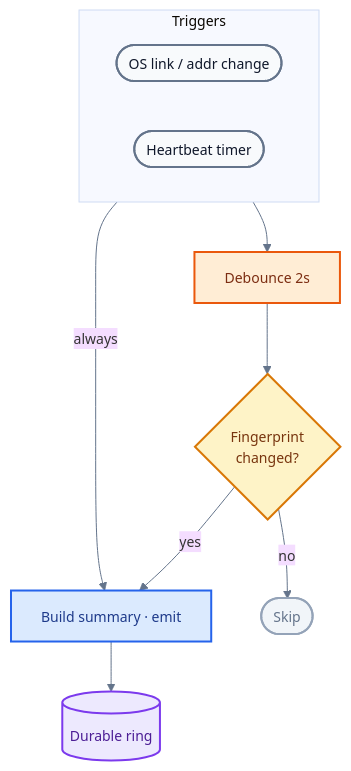
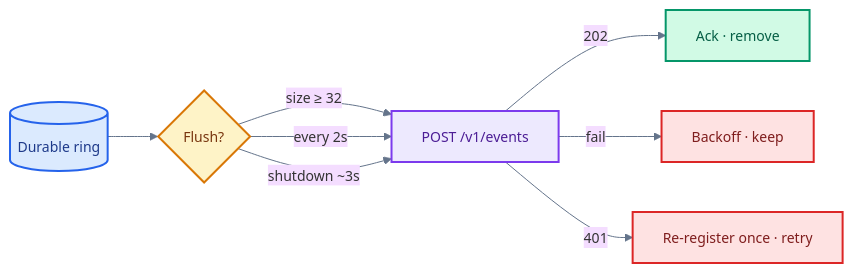
One commit to TrustEdgeOrg/TrustEdge-Agent changed the diagram in docs/collection.md. Above: the diagram before and after it, drawn with Mermaid. The commit also changed other lines of this file and 7 other files, not shown here.

````diff
--- a/docs/collection.md
+++ b/docs/collection.md
@@ -139,30 +116,23 @@
 ```mermaid
 %%{init: {'theme': 'base', 'themeVariables': {'fontSize': '14px', 'fontFamily': 'arial', 'lineColor': '#64748B'}}}%%
-flowchart TB
-    subgraph TRIG ["Triggers"]
-        direction LR
-        W(["OS link / addr change"])
-        H(["Heartbeat timer"])
-    end
+flowchart LR
+    R[("Durable ring")] --> F{"Flush?"}
+    F -->|size ≥ 32| P["POST /v1/events"]
+    F -->|every 2s| P
+    F -->|shutdown ~3s| P
+    P -->|202| A["Ack · remove"]
+    P -->|fail| B["Backoff · keep"]
+    P -->|401| AUTH["Re-register once · retry"]
 
-    W --> D["Debounce 2s"]
-    D --> F{"Fingerprint<br/>changed?"}
-    F -->|yes| E["Build summary · emit"]
-    F -->|no| S(["Skip"])
-    H -->|always| E
-    E --> R[("Durable ring")]
+    classDef ring fill:#DBEAFE,stroke:#2563EB,stroke-width:2px,color:#1E3A8A
+    classDef decide fill:#FEF3C7,stroke:#D97706,stroke-width:2px,color:#78350F
+    classDef post fill:#EDE9FE,stroke:#7C3AED,stroke-width:2px,color:#4C1D95
+    classDef ok fill:#D1FAE5,stroke:#059669,stroke-width:2px,color:#065F46
+    classDef err fill:#FEE2E2,stroke:#DC2626,stroke-width:2px,color:#7F1D1D
 
-    classDef trig fill:#F8FAFC,stroke:#64748B,stroke-width:2px,color:#0F172A
-    classDef wait fill:#FFEDD5,stroke:#EA580C,stroke-width:2px,color:#7C2D12
-    classDef decide fill:#FEF3C7,stroke:#D97706,stroke-width:2px,color:#78350F
-    classDef emit fill:#DBEAFE,stroke:#2563EB,stroke-width:2px,color:#1E3A8A
-    classDef skip fill:#F1F5F9,stroke:#94A3B8,stroke-width:2px,color:#64748B
-    classDef out fill:#EDE9FE,stroke:#7C3AED,stroke-width:2px,color:#4C1D95
-
-    class W,H trig
-    class D wait
+    class R ring
     class F decide
-    class E emit
-    class S skip
-    class R out
+    class P post
+    class A ok
+    class B,AUTH err
 ```
````
